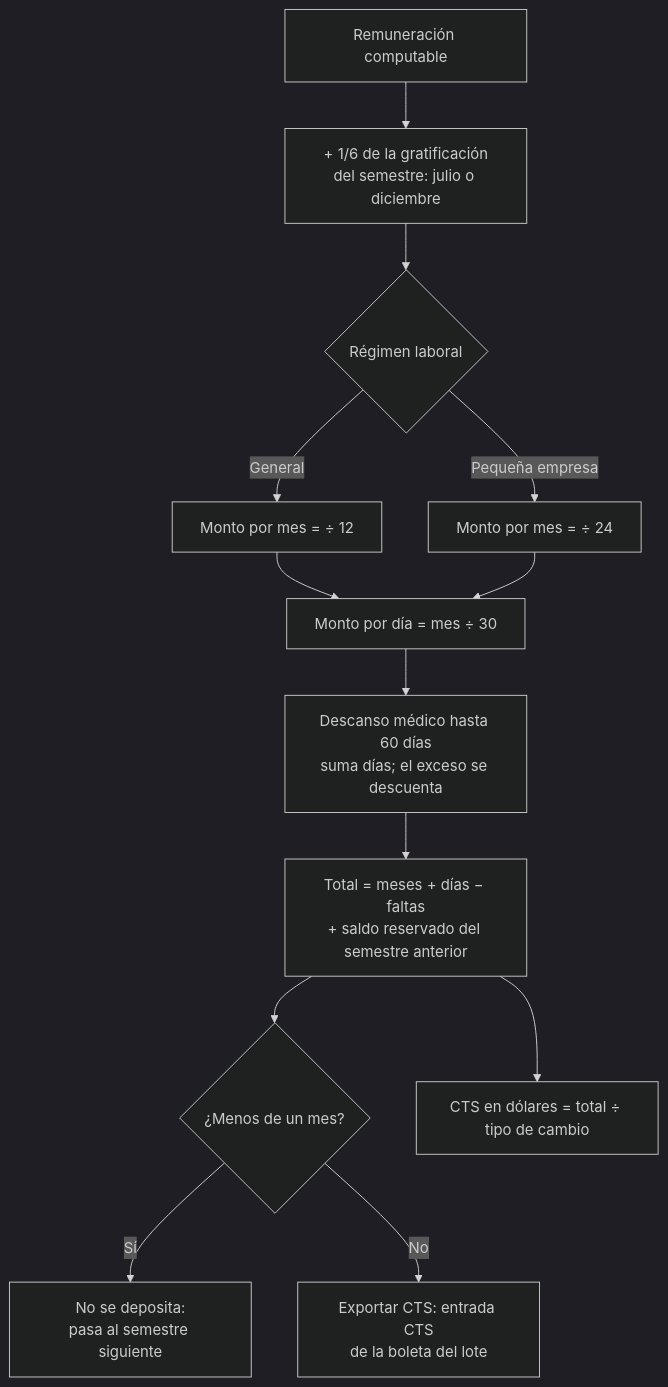
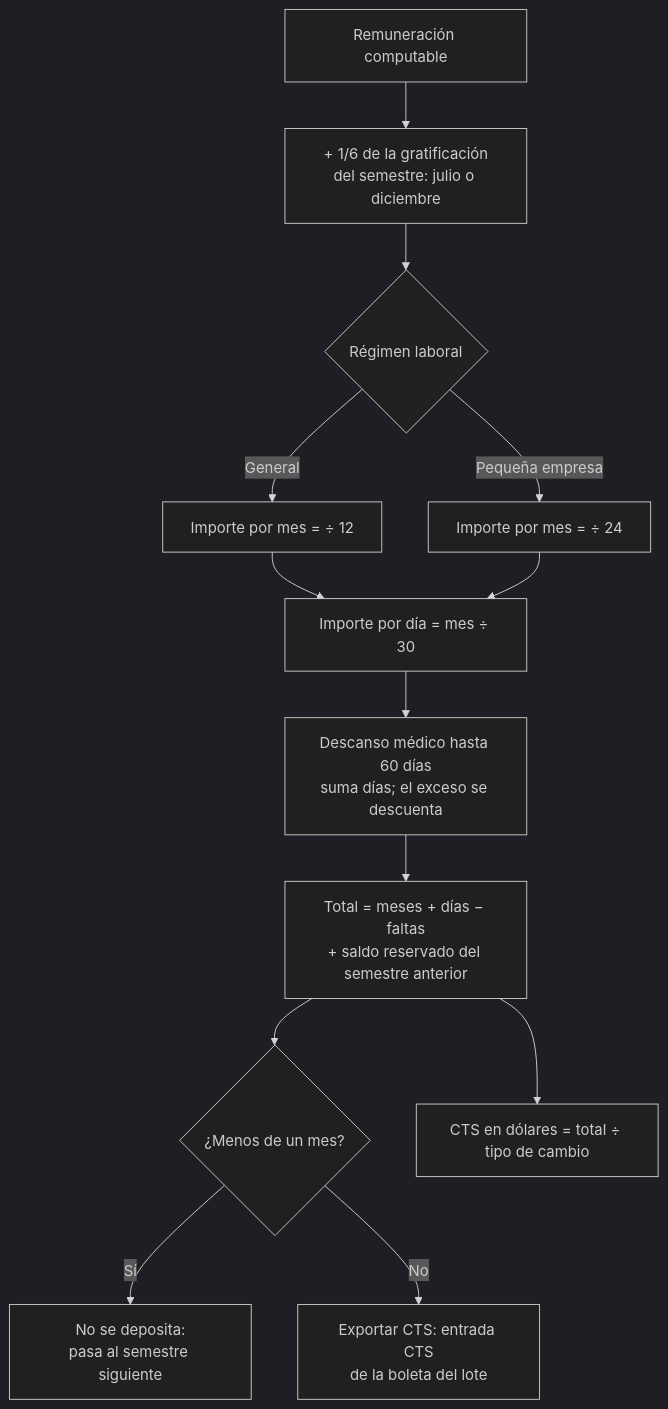
Before and after one commit to olanoit/ol_new_apps: the diagram in OL-PAYROLL/al_hr_pe_benefits/static/description/diagramas/cts.mmd, drawn with Mermaid (dark theme). The commit also changed 165 other files, not shown here.

```diff
--- a/OL-PAYROLL/al_hr_pe_benefits/static/description/diagramas/cts.mmd
+++ b/OL-PAYROLL/al_hr_pe_benefits/static/description/diagramas/cts.mmd
@@ -1,13 +1,13 @@
 flowchart TD
   A[Remuneración computable] --> B[+ 1/6 de la gratificación<br/>del semestre: julio o diciembre]
   B --> C{Régimen laboral}
-  C -- General --> D[Monto por mes = ÷ 12]
-  C -- Pequeña empresa --> E[Monto por mes = ÷ 24]
-  D --> F[Monto por día = mes ÷ 30]
+  C -- General --> D[Importe por mes = ÷ 12]
+  C -- Pequeña empresa --> E[Importe por mes = ÷ 24]
+  D --> F[Importe por día = mes ÷ 30]
   E --> F
   F --> G[Descanso médico hasta 60 días<br/>suma días; el exceso se descuenta]
   G --> H[Total = meses + días − faltas<br/>+ saldo reservado del semestre anterior]
   H --> I{¿Menos de un mes?}
   I -- Sí --> J[No se deposita:<br/>pasa al semestre siguiente]
   I -- No --> K[Exportar CTS: entrada CTS<br/>de la boleta del lote]
   H --> L[CTS en dólares = total ÷ tipo de cambio]
```
